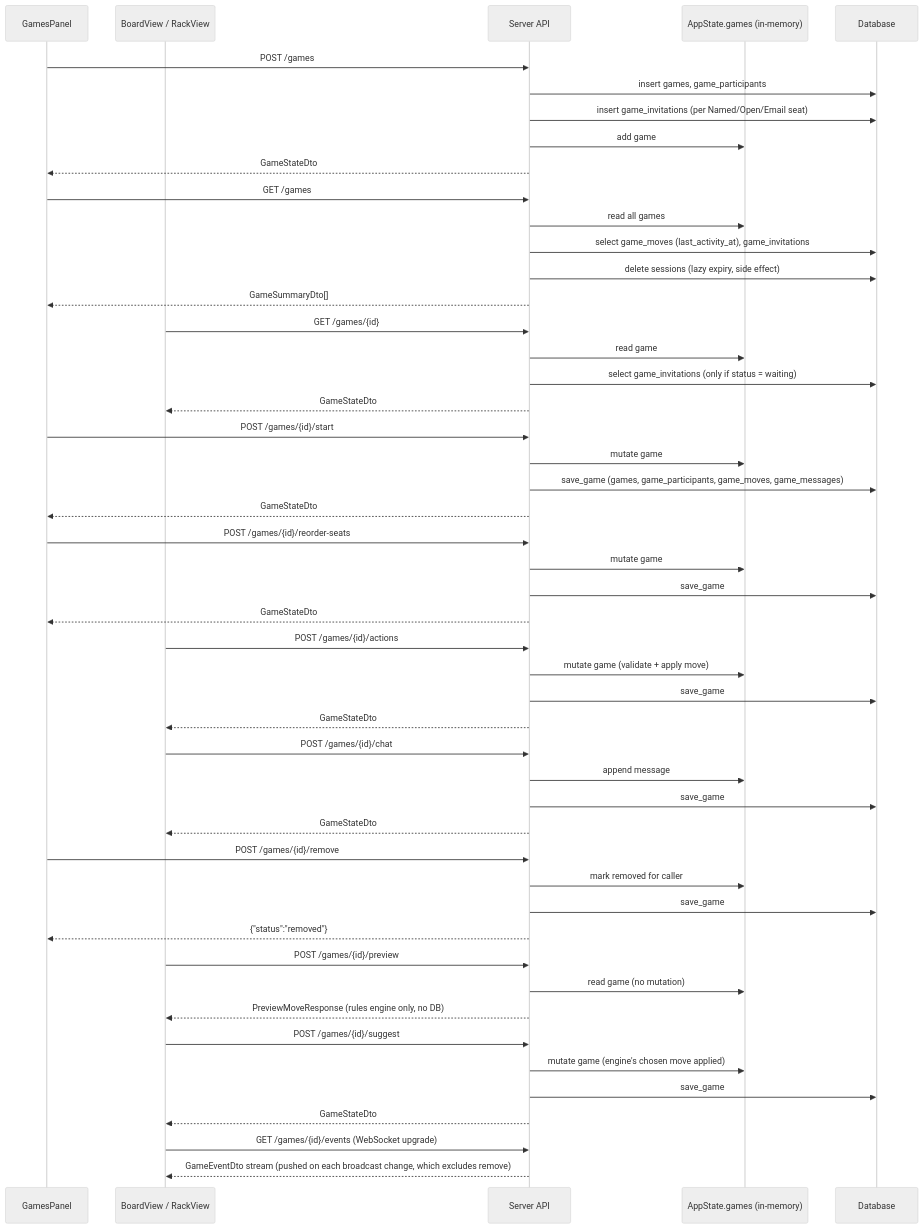
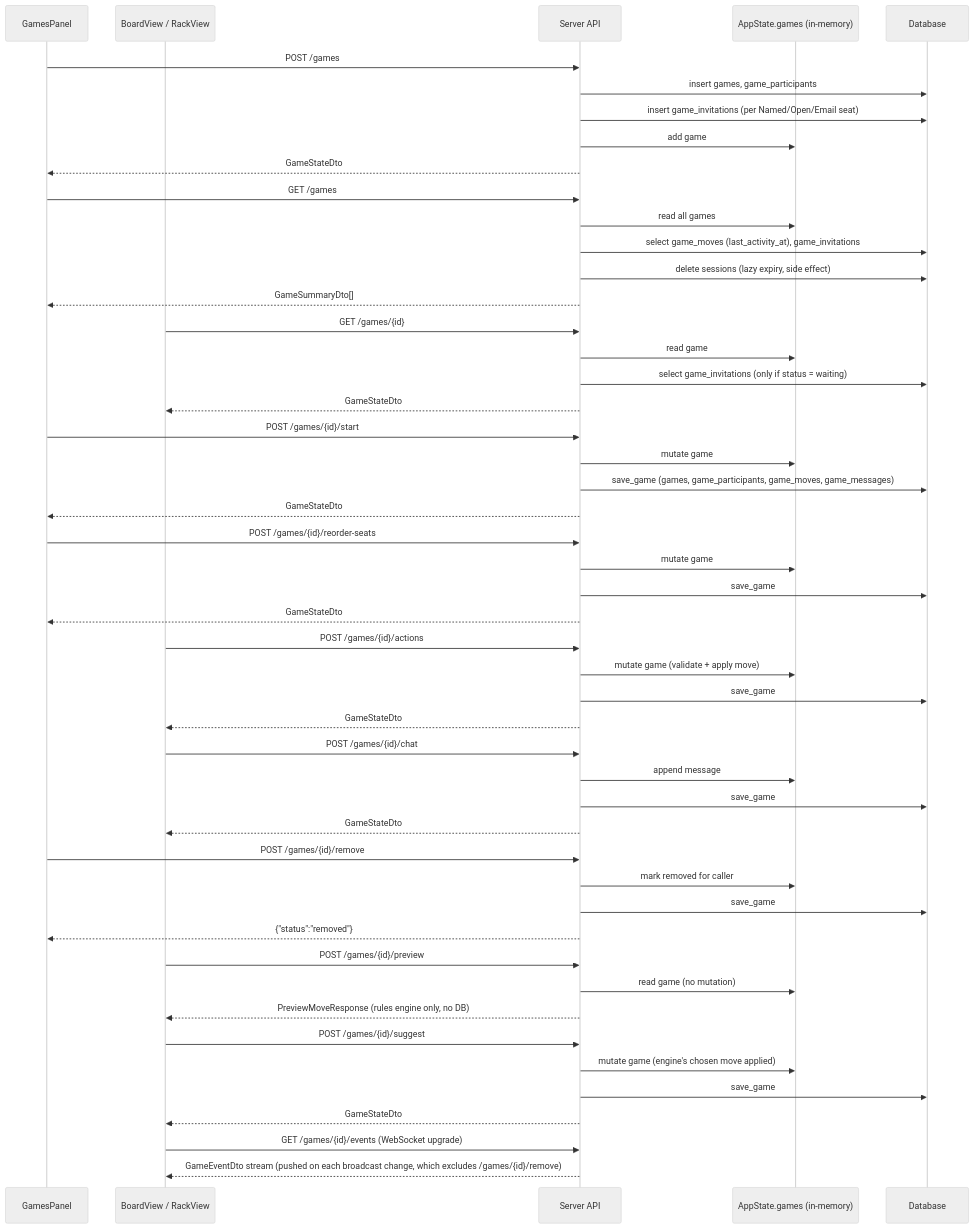
Before and after one commit to delphside/tile-lite-elite: the sixth of 9 diagrams in docs/4.4.3-api-schema.md, drawn with Mermaid (neutral theme). The commit also changed other lines of this file and 1 other file, not shown here.

First line of the commit message:
app 0.9.2 api 2.16: reference review, the fourth review round's fixes

````diff
--- a/docs/4.4.3-api-schema.md
+++ b/docs/4.4.3-api-schema.md
@@ -973,62 +974,62 @@
 ```mermaid
 sequenceDiagram
     participant Games as GamesPanel
     participant Board as BoardView / RackView
     participant API as Server API
     participant Mem as AppState.games (in-memory)
     participant DB as Database
 
     Games->>API: POST /games
     API->>DB: insert games, game_participants
     API->>DB: insert game_invitations (per Named/Open/Email seat)
     API->>Mem: add game
     API-->>Games: GameStateDto
 
     Games->>API: GET /games
     API->>Mem: read all games
     API->>DB: select game_moves (last_activity_at), game_invitations
     API->>DB: delete sessions (lazy expiry, side effect)
     API-->>Games: GameSummaryDto[]
 
     Board->>API: GET /games/{id}
     API->>Mem: read game
     API->>DB: select game_invitations (only if status = waiting)
     API-->>Board: GameStateDto
 
     Games->>API: POST /games/{id}/start
     API->>Mem: mutate game
     API->>DB: save_game (games, game_participants, game_moves, game_messages)
     API-->>Games: GameStateDto
 
     Games->>API: POST /games/{id}/reorder-seats
     API->>Mem: mutate game
     API->>DB: save_game
     API-->>Games: GameStateDto
 
     Board->>API: POST /games/{id}/actions
     API->>Mem: mutate game (validate + apply move)
     API->>DB: save_game
     API-->>Board: GameStateDto
 
     Board->>API: POST /games/{id}/chat
     API->>Mem: append message
     API->>DB: save_game
     API-->>Board: GameStateDto
 
     Games->>API: POST /games/{id}/remove
     API->>Mem: mark removed for caller
     API->>DB: save_game
     API-->>Games: {"status":"removed"}
 
     Board->>API: POST /games/{id}/preview
     API->>Mem: read game (no mutation)
     API-->>Board: PreviewMoveResponse (rules engine only, no DB)
 
     Board->>API: POST /games/{id}/suggest
     API->>Mem: mutate game (engine's chosen move applied)
     API->>DB: save_game
     API-->>Board: GameStateDto
 
     Board->>API: GET /games/{id}/events (WebSocket upgrade)
-    API-->>Board: GameEventDto stream (pushed on each broadcast change, which excludes remove)
+    API-->>Board: GameEventDto stream (pushed on each broadcast change, which excludes /games/{id}/remove)
 ```
````
